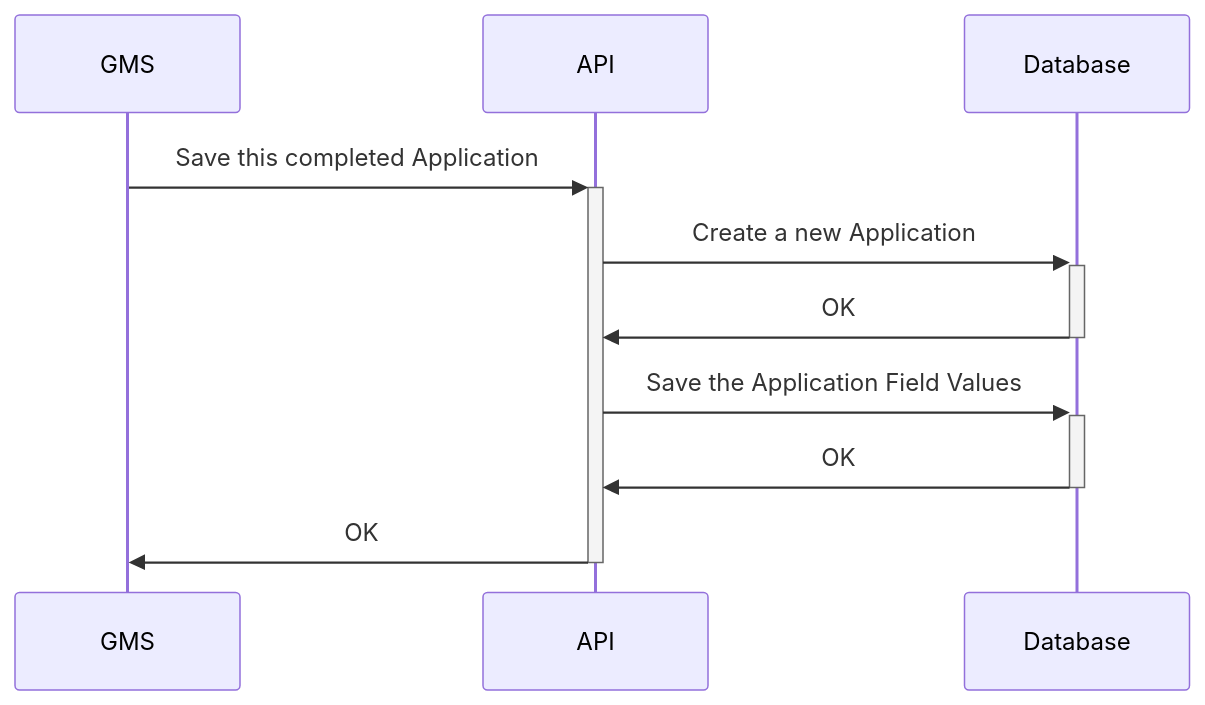
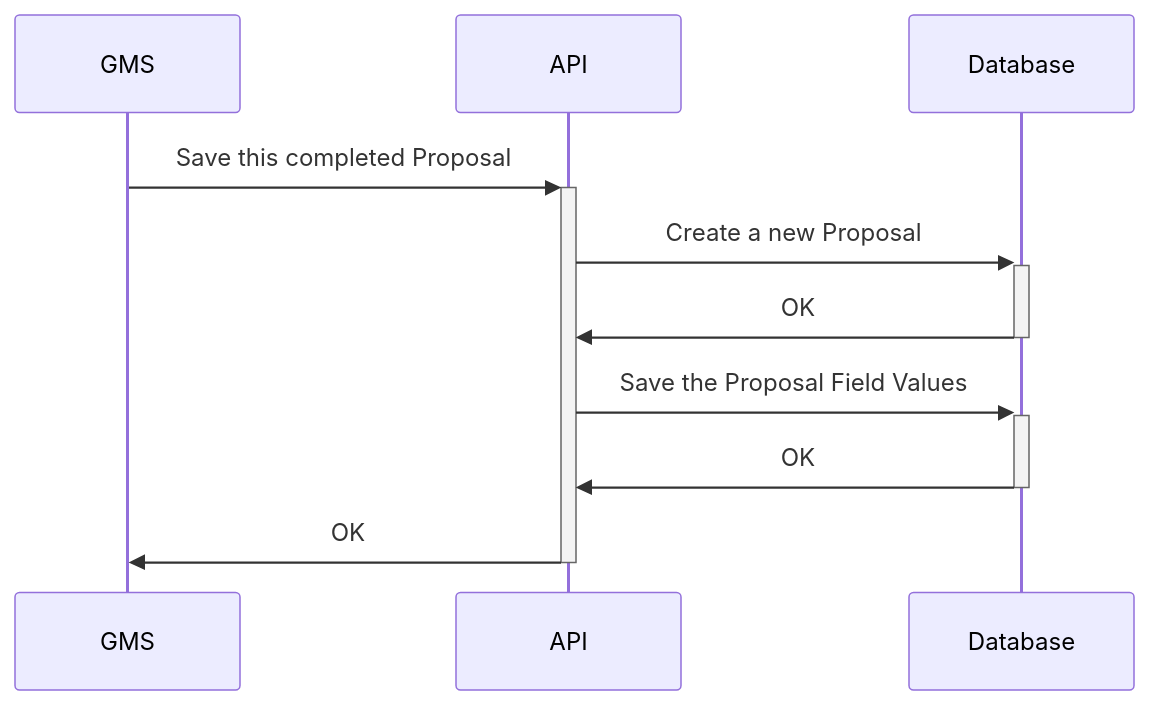
The fourth of 4 diagrams in docs/ENTITY_RELATIONSHIP_DIAGRAM.md (PhilanthropyDataCommons/service), drawn with Mermaid before and after one commit. The commit also changed other lines of this file and 9 other files, not shown here.

````diff
--- a/docs/ENTITY_RELATIONSHIP_DIAGRAM.md
+++ b/docs/ENTITY_RELATIONSHIP_DIAGRAM.md
@@ -183,12 +184,12 @@
 ```mermaid
 sequenceDiagram
   participant GMS
   participant API
   participant Database
-  GMS ->>+ API : Save this completed Application
-  API ->>+ Database : Create a new Application
+  GMS ->>+ API : Save this completed Proposal
+  API ->>+ Database : Create a new Proposal
   Database ->>- API : OK
-  API ->>+ Database : Save the Application Field Values
+  API ->>+ Database : Save the Proposal Field Values
   Database ->>- API : OK
   API ->>- GMS : OK
 ```
````
